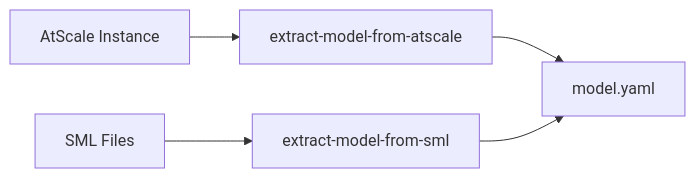
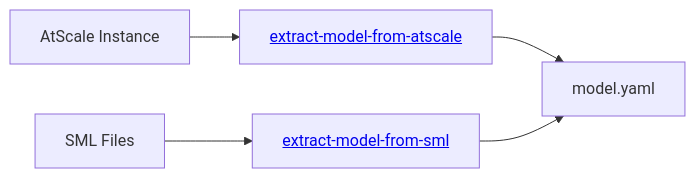
The first of 7 diagrams in docs/ACTIONS.md (AtScaleInc/ps-utils), drawn with Mermaid before and after one commit. The commit also changed other lines of this file and 34 other files, not shown here.

````diff
--- a/docs/ACTIONS.md
+++ b/docs/ACTIONS.md
@@ -9,7 +9,6 @@
 ```mermaid
+%%{init: {"flowchart": {"htmlLabels": true}} }%%
 flowchart LR
-    ATS["AtScale Instance"] --> A["extract-model-from-atscale"] --> MODEL["model.yaml"]
-    SML["SML Files"] --> B["extract-model-from-sml"] --> MODEL
-    click A href "#extract-model-from-atscale"
-    click B href "#extract-model-from-sml"
+    ATS["AtScale Instance"] --> A["<a href='#extract-model-from-atscale'>extract-model-from-atscale</a>"] --> MODEL["model.yaml"]
+    SML["SML Files"] --> B["<a href='#extract-model-from-sml'>extract-model-from-sml</a>"] --> MODEL
 ```
````
